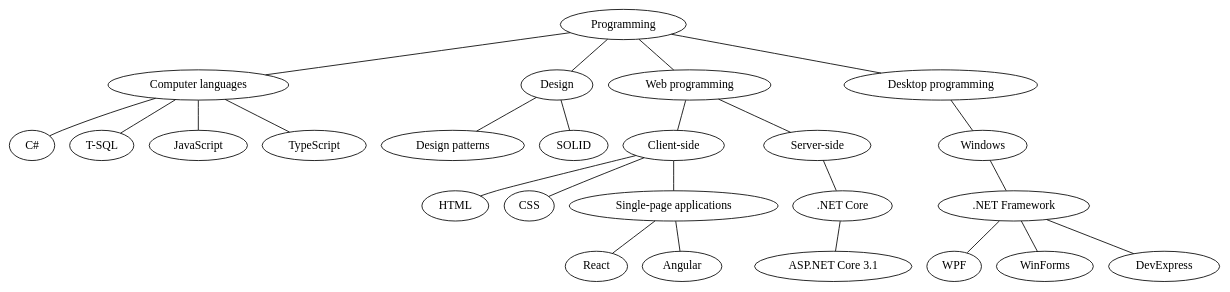
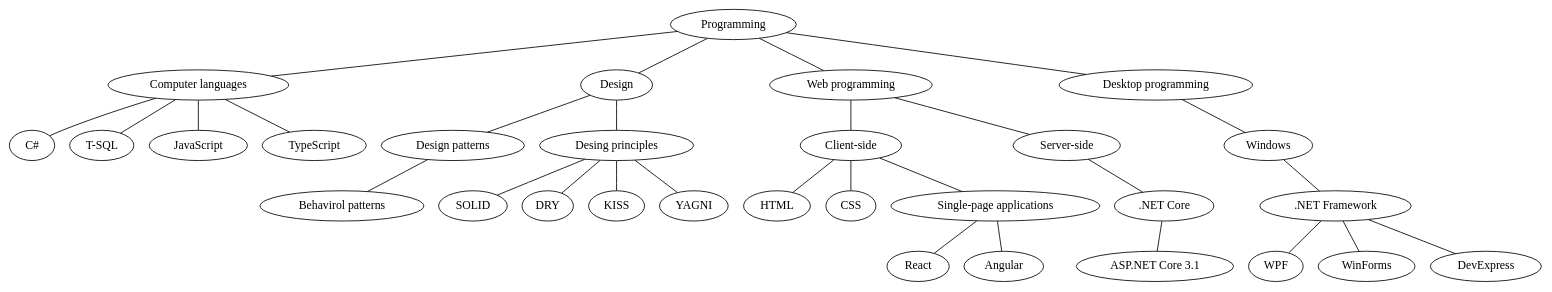
Before and after one commit to mialkin/docs: the diagram in tree.dot, drawn with Graphviz. The commit also changed 3 other files, not shown here.

```diff
--- a/tree.dot
+++ b/tree.dot
@@ -1,71 +1,83 @@
 graph expertise {
 
     programming[label="Programming"]
-    programming -- computer_languages;
+    programming -- computer_languages
     programming -- desing
     programming -- web_programming
     programming -- desktop_programming
 
     computer_languages[label="Computer languages"]
-    computer_languages -- csharp;
-    computer_languages -- t_sql;
-    computer_languages -- javascript;
-    computer_languages -- typescript;
+    computer_languages -- csharp
+    computer_languages -- t_sql
+    computer_languages -- javascript
+    computer_languages -- typescript
 
     javascript[label="JavaScript"]
     typescript[label="TypeScript"]
 
     desing[label="Design"]
     desing -- desing_patterns
-    desing -- solid
+    desing -- desing_principles
 
     desing_patterns[label="Design patterns"]
+    desing_patterns -- behavirol_patterns
+
+    behavirol_patterns[label="Behavirol patterns"]
+
+    desing_principles[label="Desing principles"]
+    desing_principles -- solid
+    desing_principles -- dry
+    desing_principles -- kiss
+    desing_principles -- yagni
     
     solid[label="SOLID"]
+    dry[label="DRY"]
+    kiss[label="KISS"]
+    yagni[label="YAGNI"]
 
     t_sql[label="T-SQL"]
     csharp[label="C#"]
       
     web_programming[label="Web programming"]
     web_programming -- client_side
     web_programming -- server_side
 
     server_side[label="Server-side"]
     server_side -- dot_net_core
 
     dot_net_core[label = ".NET Core"]
     dot_net_core -- asp_net_core
 
     asp_net_core[label = "ASP.NET Core 3.1"]
 
     client_side[label="Client-side"]
     client_side -- html
     client_side -- css
     client_side -- spa;
 
     spa[label="Single-page applications"]
     spa -- react;
     spa -- angular;
 
     react[label="React"]
     angular[label="Angular"]
 
     html[label="HTML"]
     css[label="CSS"]
 
     desktop_programming[label="Desktop programming"]
     desktop_programming -- desktop_programming_windows
    
     desktop_programming_windows[label="Windows"]
     desktop_programming_windows -- dot_net_framework
     
     dot_net_framework[label = ".NET Framework"]
     dot_net_framework -- wpf
     dot_net_framework -- winforms
     dot_net_framework -- devexpress
 
     wpf[label="WPF"]
     winforms[label="WinForms"]
     devexpress[label="DevExpress"]
     
 }
```
